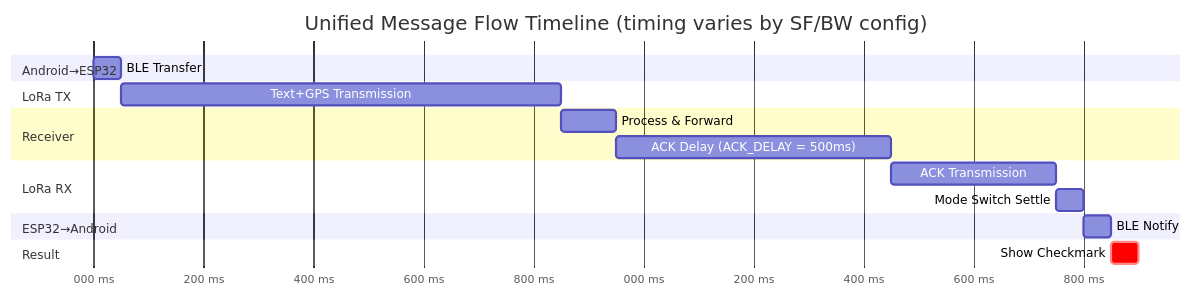
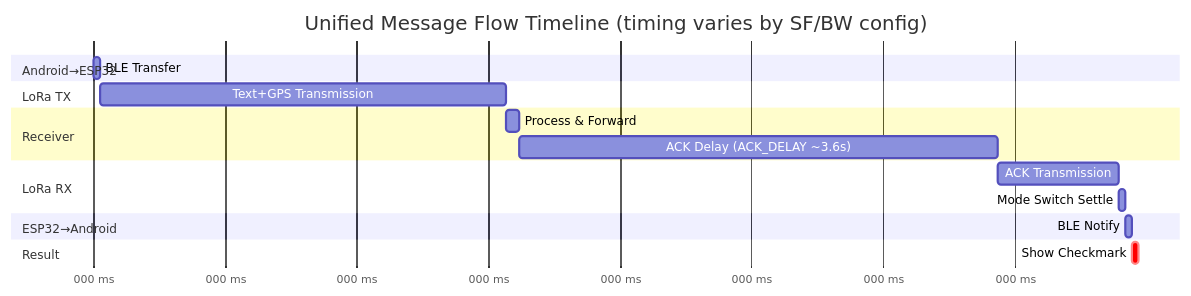
The third of 3 diagrams in README.md (psytraxx/android-lora-ble-bridge), drawn with Mermaid before and after one commit. The commit also changed other lines of this file and 9 other files, not shown here.

````diff
--- a/README.md
+++ b/README.md
@@ -438,28 +439,28 @@
 ```mermaid
 gantt
     title Unified Message Flow Timeline (timing varies by SF/BW config)
     dateFormat x
     axisFormat %L ms
 
     section Android→ESP32
     BLE Transfer          :a1, 0, 50
 
     section LoRa TX
-    Text+GPS Transmission :a2, 50, 850
+    Text+GPS Transmission :a2, 50, 3134
 
     section Receiver
-    Process & Forward     :a3, 850, 950
-  ACK Delay (ACK_DELAY = 500ms)     :a4, 950, 1450
+    Process & Forward     :a3, 3134, 3234
+  ACK Delay (ACK_DELAY ~3.6s)     :a4, 3234, 6868
 
   %% WakeUp announcements are intentionally omitted from this timeline; they are only sent on Button or Cold Boot (EXT1/cold), NOT when woken by LoRa (EXT0)
 
     section LoRa RX
-    ACK Transmission      :a5, 1450, 1750
-    Mode Switch Settle    :a6, 1750, 1800
+    ACK Transmission      :a5, 6868, 7789
+    Mode Switch Settle    :a6, 7789, 7839
 
     section ESP32→Android
-    BLE Notify            :a7, 1800, 1850
+    BLE Notify            :a7, 7839, 7889
 
     section Result
-    Show Checkmark        :crit, a8, 1850, 1900
+    Show Checkmark        :crit, a8, 7889, 7939
 ```
````
